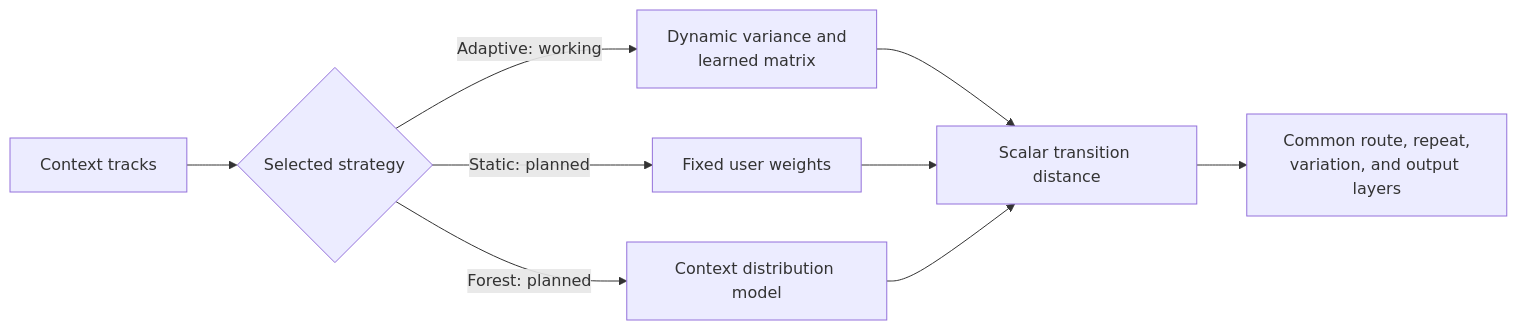
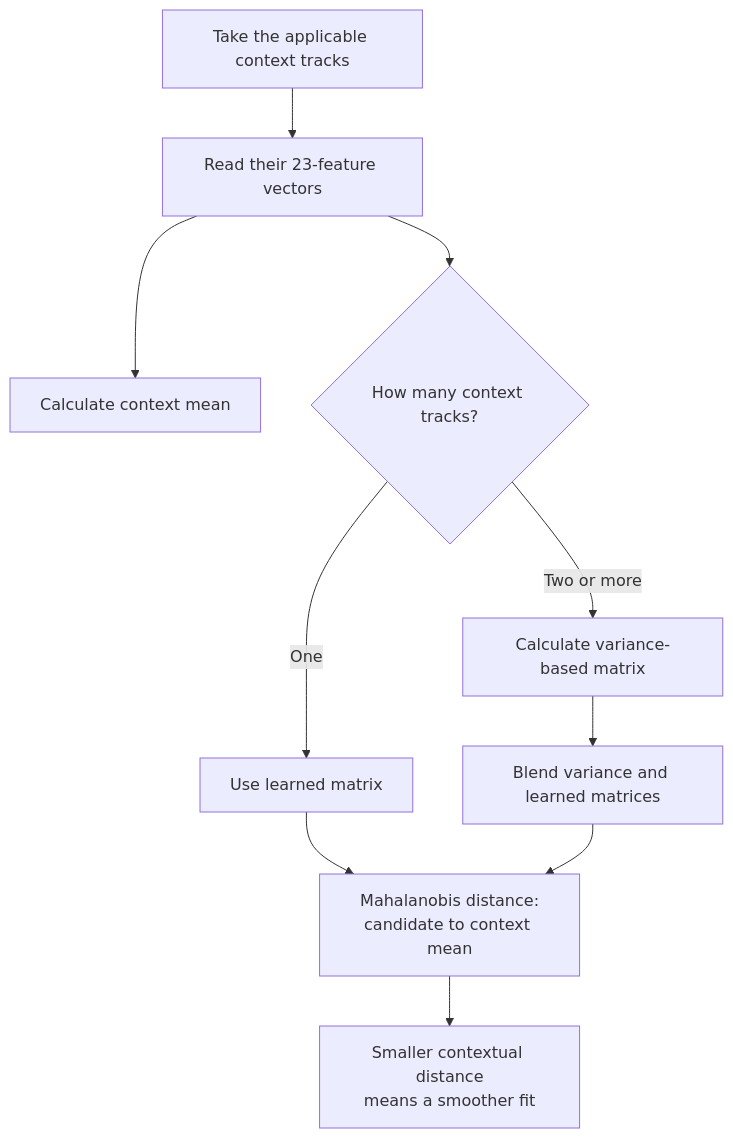
Before and after one commit to chrober/lms-better-call-bliss: the third of 6 diagrams in ALGORITHMS.md, drawn with Mermaid. The commit also changed other lines of this file, not shown here.

```diff
--- a/ALGORITHMS.md
+++ b/ALGORITHMS.md
@@ -116,11 +164,12 @@
 ~~~mermaid
-flowchart LR
-    S["Context tracks"] --> A{"Selected strategy"}
-    A -- "Adaptive: working" --> AD["Dynamic variance and<br/>learned matrix"]
-    A -- "Static: planned" --> ST["Fixed user weights"]
-    A -- "Forest: planned" --> RF["Context distribution model"]
-    AD --> D["Scalar transition distance"]
-    ST --> D
-    RF --> D
-    D --> R["Common route, repeat,<br/>variation, and output layers"]
+flowchart TD
+    A["Take the applicable context tracks"] --> B["Read their 23-feature vectors"]
+    B --> C["Calculate context mean"]
+    B --> D{"How many context tracks?"}
+    D -- One --> E["Use learned matrix"]
+    D -- Two or more --> F["Calculate variance-based matrix"]
+    F --> G["Blend variance and learned matrices"]
+    E --> H["Mahalanobis distance:<br/>candidate to context mean"]
+    G --> H
+    H --> I["Smaller contextual distance<br/>means a smoother fit"]
 ~~~
```
